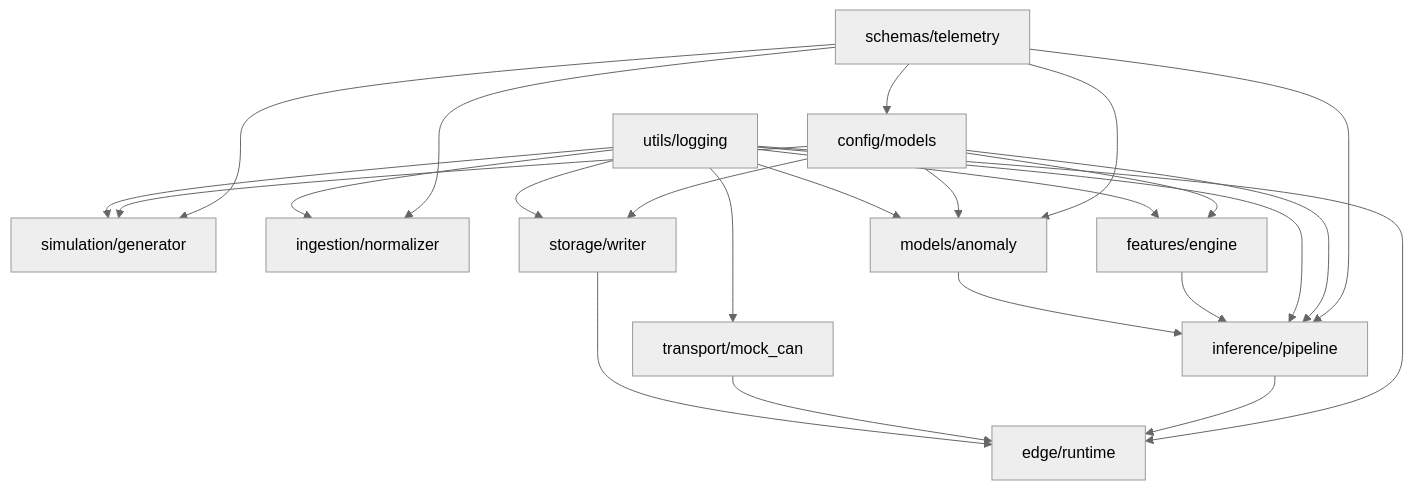
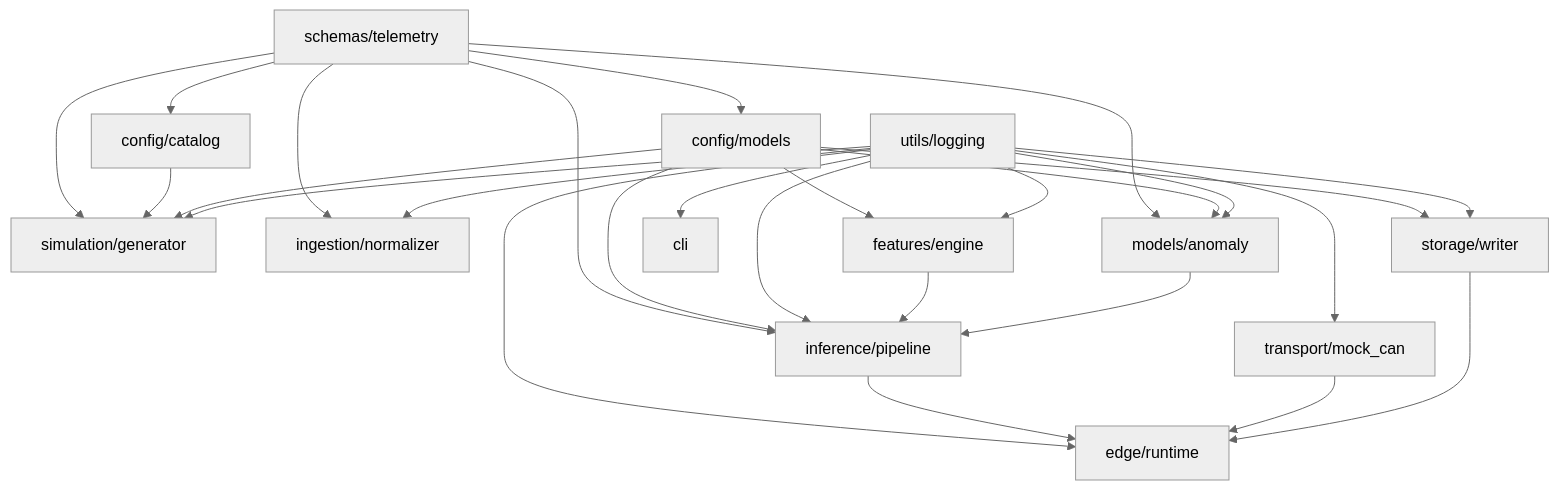
The fourth of 4 diagrams in docs/01_architecture.md (jayaprakash87/vehicle-intelligence-platform), drawn with Mermaid (neutral theme) before and after one commit. The commit also changed other lines of this file and 3 other files, not shown here.

````diff
--- a/docs/01_architecture.md
+++ b/docs/01_architecture.md
@@ -93,29 +121,32 @@
 ```mermaid
 graph TD
     SCH[schemas/telemetry] --> CFG[config/models]
+    SCH --> CAT[config/catalog]
     SCH --> SIM[simulation/generator]
     SCH --> ING[ingestion/normalizer]
     SCH --> MOD[models/anomaly]
     SCH --> INF[inference/pipeline]
 
+    CAT --> SIM
     CFG --> SIM
     CFG --> FE[features/engine]
     CFG --> MOD
     CFG --> INF
     CFG --> STR[storage/writer]
 
     LOG[utils/logging] --> SIM
     LOG --> ING
     LOG --> FE
     LOG --> MOD
     LOG --> INF
     LOG --> TRN[transport/mock_can]
     LOG --> STR
     LOG --> EDG[edge/runtime]
+    LOG --> CLI[cli]
 
     FE --> INF
     MOD --> INF
     INF --> EDG
     TRN --> EDG
     STR --> EDG
 ```
````
